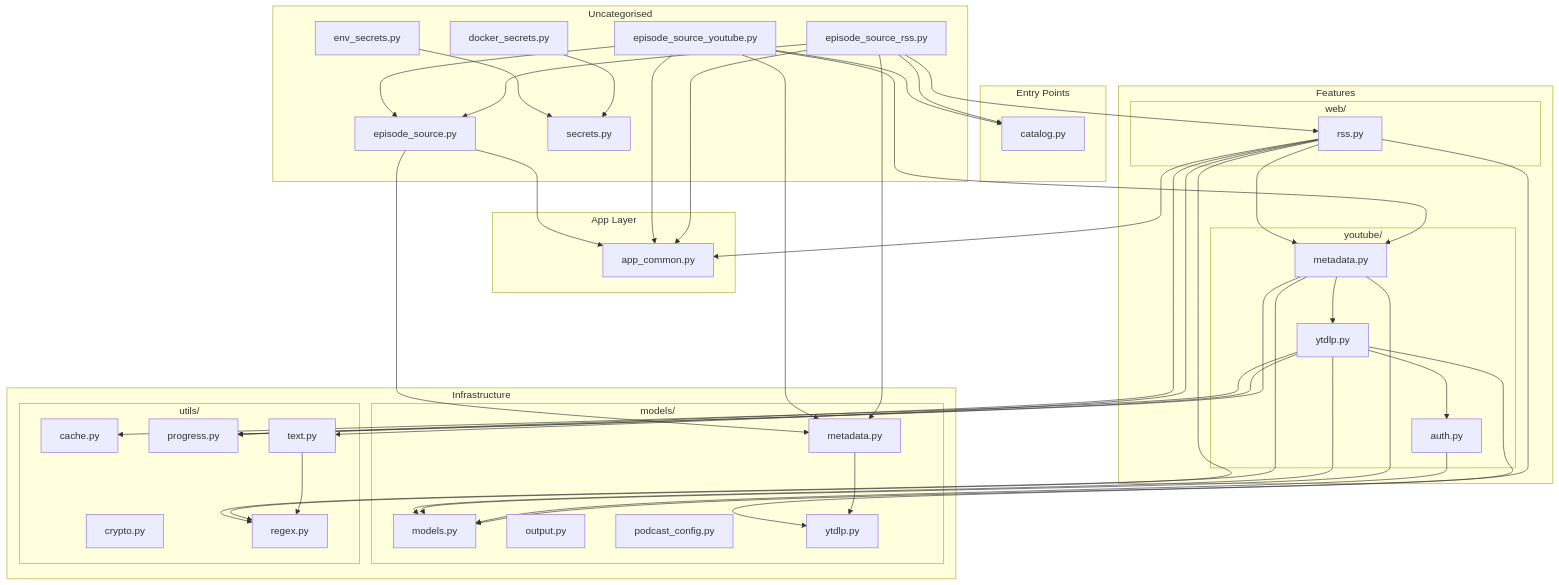
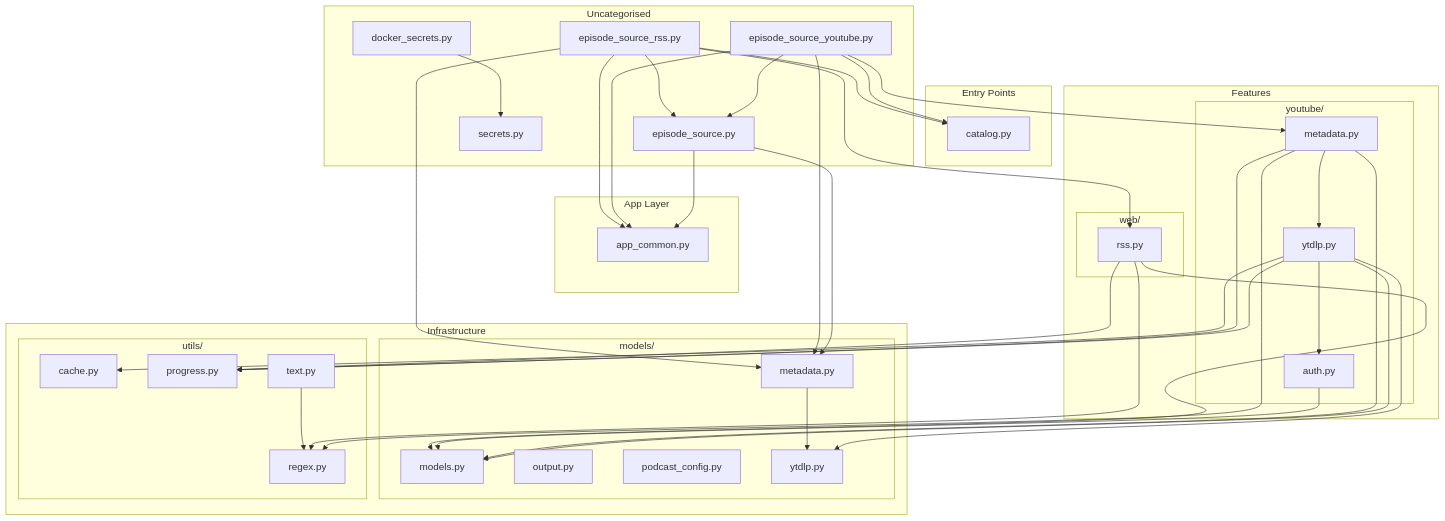
One commit to BinaryBand/adrift changed the first of 2 diagrams in docs/PLAYBOOK.md. Above: the diagram before and after it, drawn with Mermaid. The commit also changed other lines of this file and 16 other files, not shown here.

````diff
--- a/docs/PLAYBOOK.md
+++ b/docs/PLAYBOOK.md
@@ -12,76 +12,70 @@
 ```mermaid
 graph TD
     subgraph sg_entry_points["Entry Points"]
         catalog["catalog.py"]
     end
     subgraph sg_app_layer["App Layer"]
         app_common["app_common.py"]
     end
     subgraph sg_features["Features"]
         subgraph sg_web["web/"]
             web_rss["rss.py"]
         end
         subgraph sg_youtube["youtube/"]
             youtube_auth["auth.py"]
             youtube_metadata["metadata.py"]
             youtube_ytdlp["ytdlp.py"]
         end
     end
     subgraph sg_infrastructure["Infrastructure"]
         subgraph sg_models["models/"]
             models["models.py"]
             models_metadata["metadata.py"]
             models_output["output.py"]
             models_podcast_config["podcast_config.py"]
             models_ytdlp["ytdlp.py"]
         end
         subgraph sg_utils["utils/"]
             utils_cache["cache.py"]
-            utils_crypto["crypto.py"]
             utils_progress["progress.py"]
             utils_regex["regex.py"]
             utils_text["text.py"]
         end
     end
     subgraph sg_uncategorised["Uncategorised"]
         adapters_docker_secrets["docker_secrets.py"]
-        adapters_env_secrets["env_secrets.py"]
         adapters_episode_source_rss["episode_source_rss.py"]
         adapters_episode_source_youtube["episode_source_youtube.py"]
         ports_episode_source["episode_source.py"]
         ports_secrets["secrets.py"]
     end
 
     adapters_docker_secrets --> ports_secrets
-    adapters_env_secrets --> ports_secrets
     adapters_episode_source_rss --> app_common
     adapters_episode_source_rss --> catalog
     adapters_episode_source_rss --> models_metadata
     adapters_episode_source_rss --> ports_episode_source
     adapters_episode_source_rss --> web_rss
     adapters_episode_source_youtube --> app_common
     adapters_episode_source_youtube --> catalog
     adapters_episode_source_youtube --> models_metadata
     adapters_episode_source_youtube --> ports_episode_source
     adapters_episode_source_youtube --> youtube_metadata
     models_metadata --> models_ytdlp
     ports_episode_source --> app_common
     ports_episode_source --> models_metadata
     utils_text --> utils_regex
-    web_rss --> app_common
     web_rss --> models
     web_rss --> utils_progress
     web_rss --> utils_regex
-    web_rss --> utils_text
-    web_rss --> youtube_metadata
     youtube_auth --> models
     youtube_metadata --> models
     youtube_metadata --> utils_progress
     youtube_metadata --> utils_regex
     youtube_metadata --> youtube_ytdlp
     youtube_ytdlp --> models
     youtube_ytdlp --> models_ytdlp
     youtube_ytdlp --> utils_cache
     youtube_ytdlp --> utils_progress
     youtube_ytdlp --> youtube_auth
 ```
````
